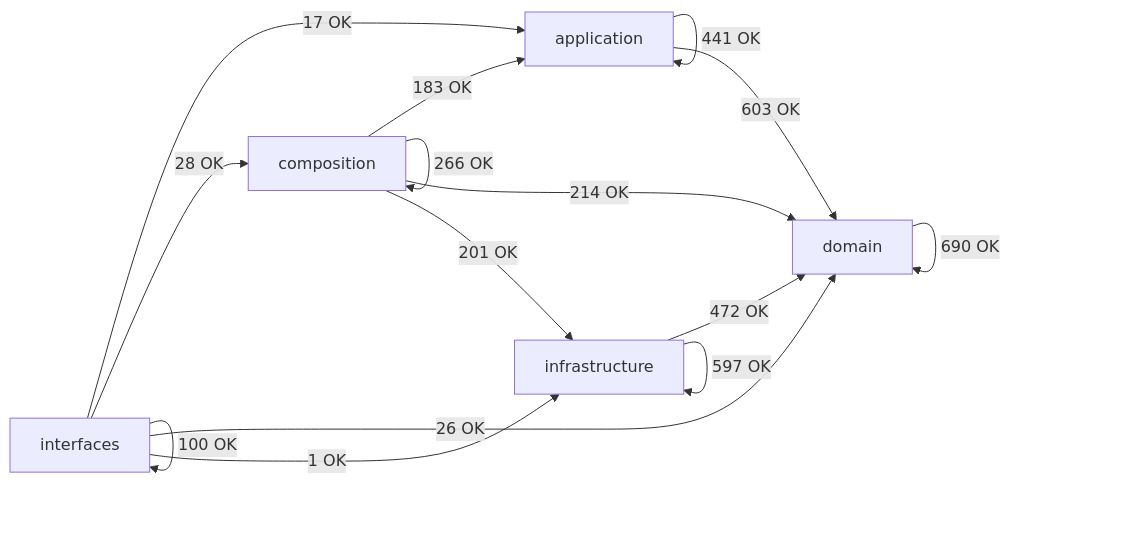
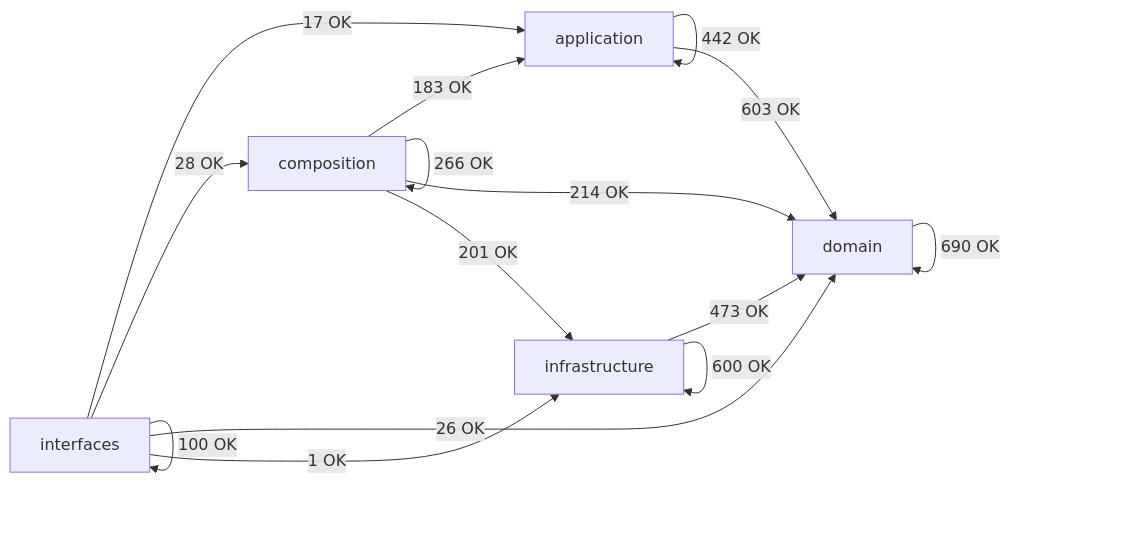
The diagram in docs/02-architecture/generated/module-dependency-map.md (SatoryKono/BioactivityDataAcquisition), drawn with Mermaid before and after one commit. The commit also changed other lines of this file and 14 other files, not shown here.

````diff
--- a/docs/02-architecture/generated/module-dependency-map.md
+++ b/docs/02-architecture/generated/module-dependency-map.md
@@ -16,22 +16,22 @@
 ```mermaid
 flowchart LR
     domain[domain]
     application[application]
     infrastructure[infrastructure]
     composition[composition]
     interfaces[interfaces]
-    application -->|441 OK| application
+    application -->|442 OK| application
     application -->|603 OK| domain
     composition -->|183 OK| application
     composition -->|266 OK| composition
     composition -->|214 OK| domain
     composition -->|201 OK| infrastructure
     domain -->|690 OK| domain
-    infrastructure -->|472 OK| domain
-    infrastructure -->|597 OK| infrastructure
+    infrastructure -->|473 OK| domain
+    infrastructure -->|600 OK| infrastructure
     interfaces -->|17 OK| application
     interfaces -->|28 OK| composition
     interfaces -->|26 OK| domain
     interfaces -->|1 OK| infrastructure
     interfaces -->|100 OK| interfaces
 ```
````
